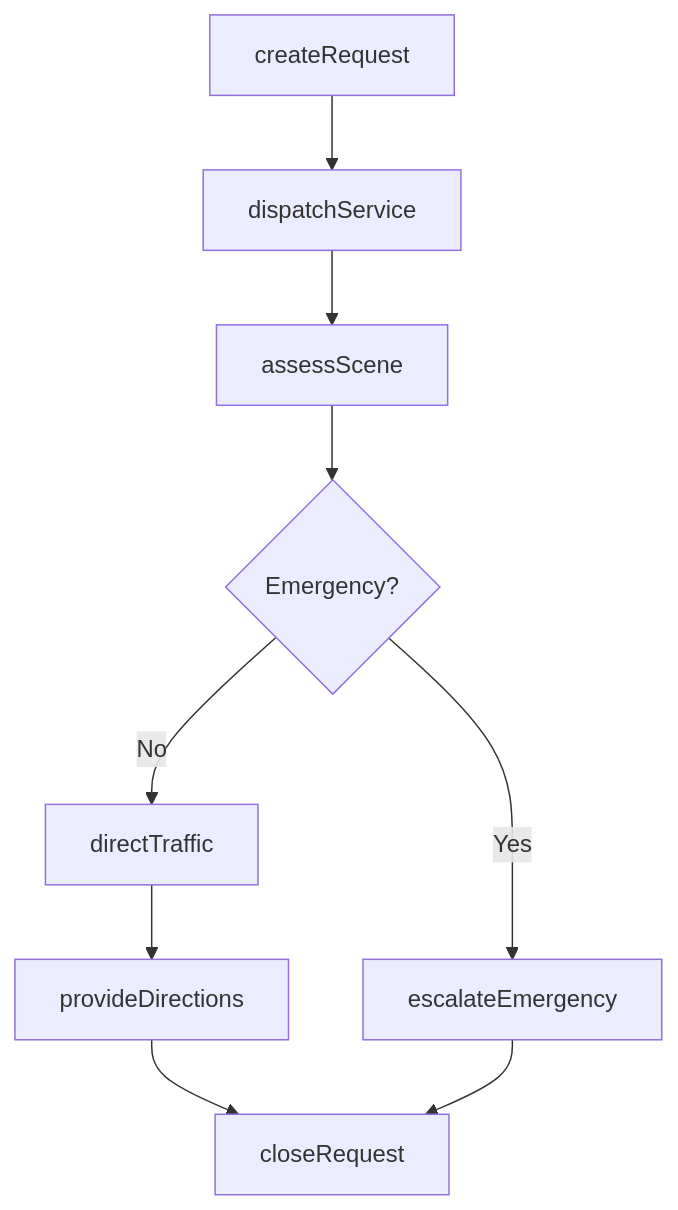
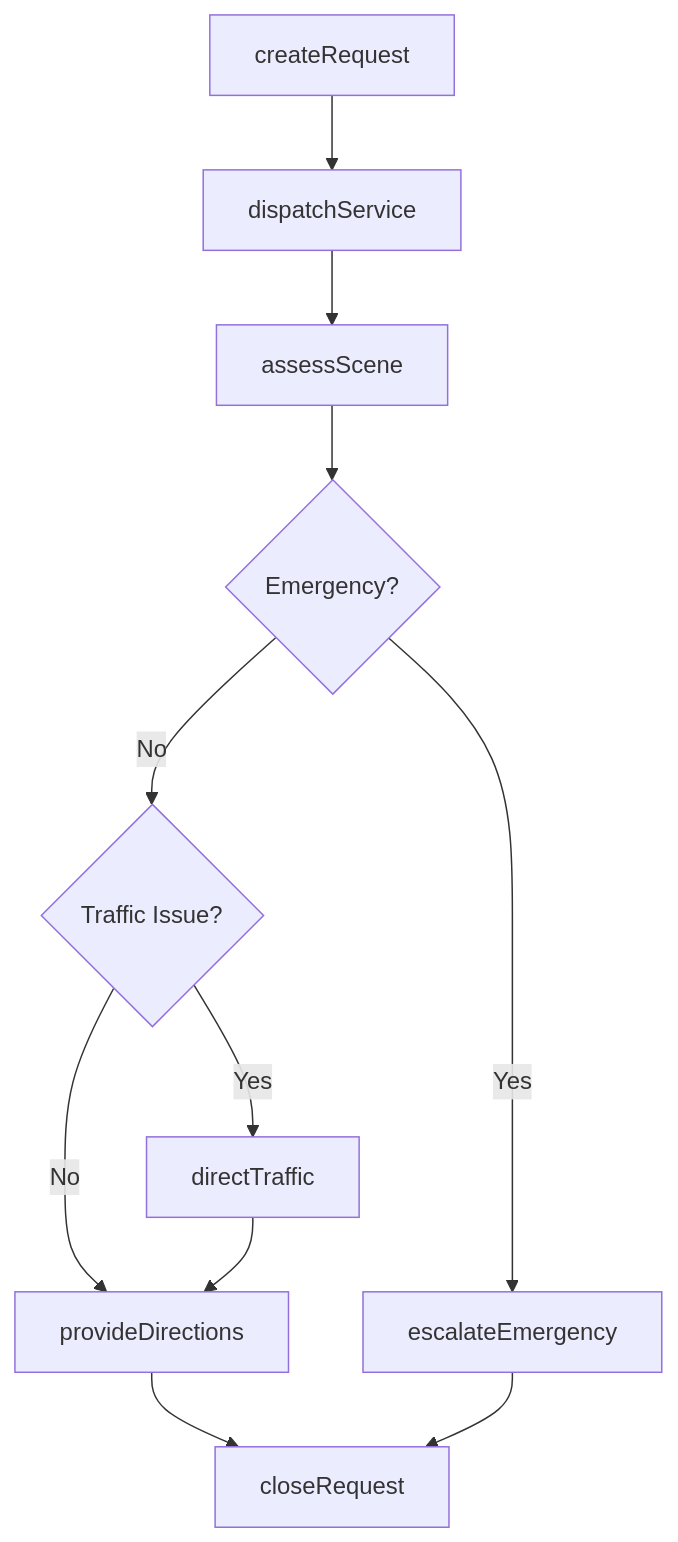
The third of 4 diagrams in AssistingAndCaringForOthers/ProvideGeneralAssistanceToOthersSuchAsCustomersPatronsOrMotorists/AssistMotoristsPedestrians.mdx (dot-org-ai/tasks.org.ai), drawn with Mermaid before and after one commit. The commit also changed other lines of this file and 504 other files, not shown here.

First line of the commit message:
feat: Add ER diagrams, state diagrams, and workflow improvements to 96 DWA task files

````diff
--- a/AssistingAndCaringForOthers/ProvideGeneralAssistanceToOthersSuchAsCustomersPatronsOrMotorists/AssistMotoristsPedestrians.mdx
+++ b/AssistingAndCaringForOthers/ProvideGeneralAssistanceToOthersSuchAsCustomersPatronsOrMotorists/AssistMotoristsPedestrians.mdx
@@ -86,11 +113,13 @@
 ```mermaid
 graph TD
     A[createRequest] --> B[dispatchService]
     B --> C[assessScene]
     C --> D{Emergency?}
     D -->|Yes| E[escalateEmergency]
-    D -->|No| F[directTraffic]
-    F --> G[provideDirections]
-    G --> H[closeRequest]
-    E --> H
+    D -->|No| F{Traffic Issue?}
+    F -->|Yes| G[directTraffic]
+    F -->|No| H[provideDirections]
+    G --> H
+    H --> I[closeRequest]
+    E --> I
 ```
````
